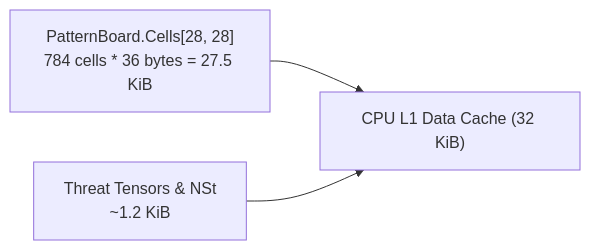
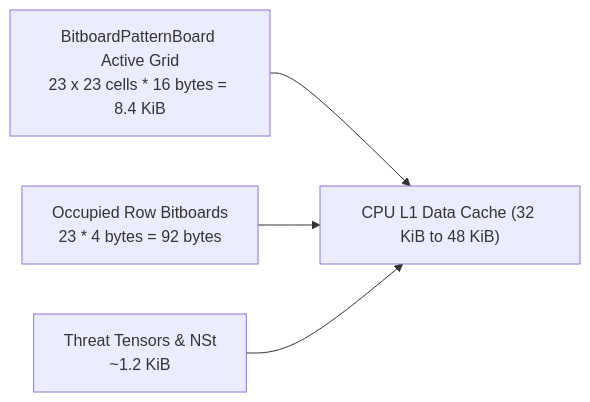
One commit to cjp-dev/Gomoku changed the third of 3 diagrams in docs/brain/15-benchmarks-and-performance.md. Above: the diagram before and after it, drawn with Mermaid. The commit also changed other lines of this file and 29 other files, not shown here.

````diff
--- a/docs/brain/15-benchmarks-and-performance.md
+++ b/docs/brain/15-benchmarks-and-performance.md
@@ -197,9 +197,11 @@
 ```mermaid
 flowchart LR
-    L1["CPU L1 Data Cache (32 KiB)"]
-    Cells["PatternBoard.Cells[28, 28]<br/>784 cells * 36 bytes = 27.5 KiB"]
+    L1["CPU L1 Data Cache (32 KiB to 48 KiB)"]
+    Cells["BitboardPatternBoard Active Grid<br/>23 x 23 cells * 16 bytes = 8.4 KiB"]
+    Bitboards["Occupied Row Bitboards<br/>23 * 4 bytes = 92 bytes"]
     Tensor["Threat Tensors &amp; NSt<br/>~1.2 KiB"]
     
     Cells --> L1
+    Bitboards --> L1
     Tensor --> L1
 ```
````
